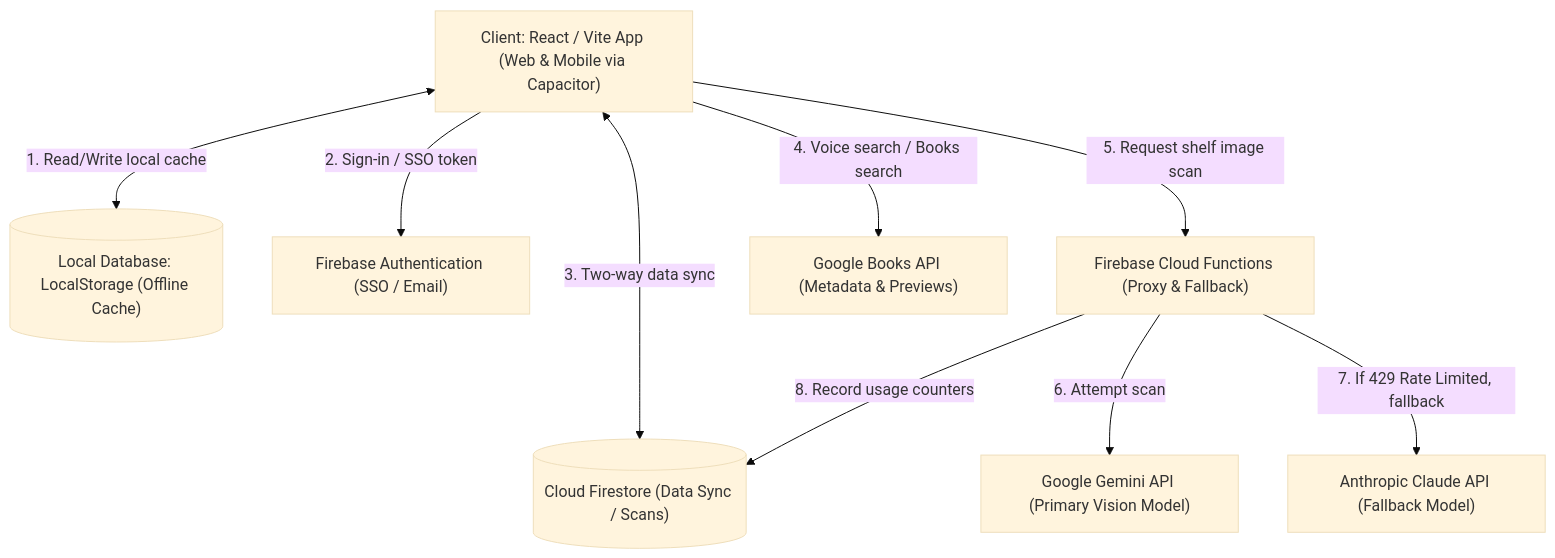
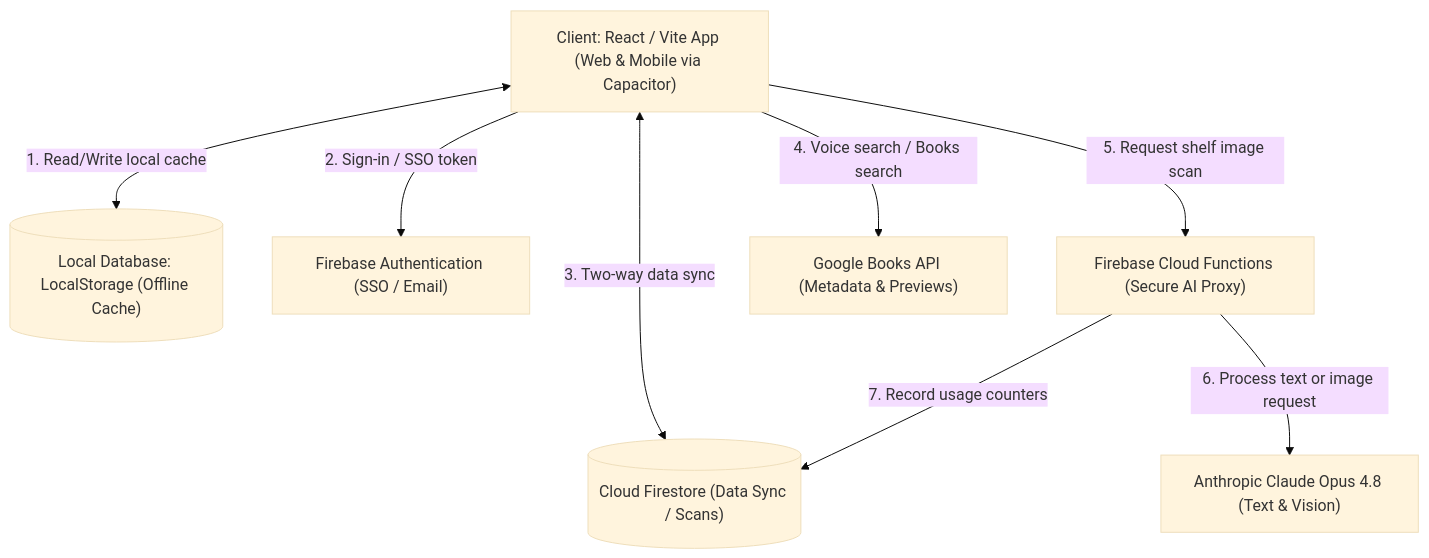
One commit to Shilpi924/lumina-app changed the diagram in TECHNICAL_DOCUMENTATION.md. Above: the diagram before and after it, drawn with Mermaid (base theme). The commit also changed other lines of this file and 28 other files, not shown here.

````diff
--- a/TECHNICAL_DOCUMENTATION.md
+++ b/TECHNICAL_DOCUMENTATION.md
@@ -13,23 +13,21 @@
 ```mermaid
 graph TD
     %% Define Nodes
     Client["Client: React / Vite App (Web & Mobile via Capacitor)"]
     LocalStore[("Local Database: LocalStorage (Offline Cache)")]
     FirebaseAuth["Firebase Authentication (SSO / Email)"]
     Firestore[("Cloud Firestore (Data Sync / Scans)")]
-    CloudFunc["Firebase Cloud Functions (Proxy & Fallback)"]
-    GeminiAPI["Google Gemini API (Primary Vision Model)"]
-    ClaudeAPI["Anthropic Claude API (Fallback Model)"]
+    CloudFunc["Firebase Cloud Functions (Secure AI Proxy)"]
+    ClaudeAPI["Anthropic Claude Opus 4.8 (Text & Vision)"]
     GoogleBooks["Google Books API (Metadata & Previews)"]
 
     %% Connections
     Client <-->|1. Read/Write local cache| LocalStore
     Client -->|2. Sign-in / SSO token| FirebaseAuth
     Client <-->|3. Two-way data sync| Firestore
     Client -->|4. Voice search / Books search| GoogleBooks
     Client -->|5. Request shelf image scan| CloudFunc
     
-    CloudFunc -->|6. Attempt scan| GeminiAPI
-    CloudFunc -->|7. If 429 Rate Limited, fallback| ClaudeAPI
-    CloudFunc -->|8. Record usage counters| Firestore
+    CloudFunc -->|6. Process text or image request| ClaudeAPI
+    CloudFunc -->|7. Record usage counters| Firestore
 ```
````
